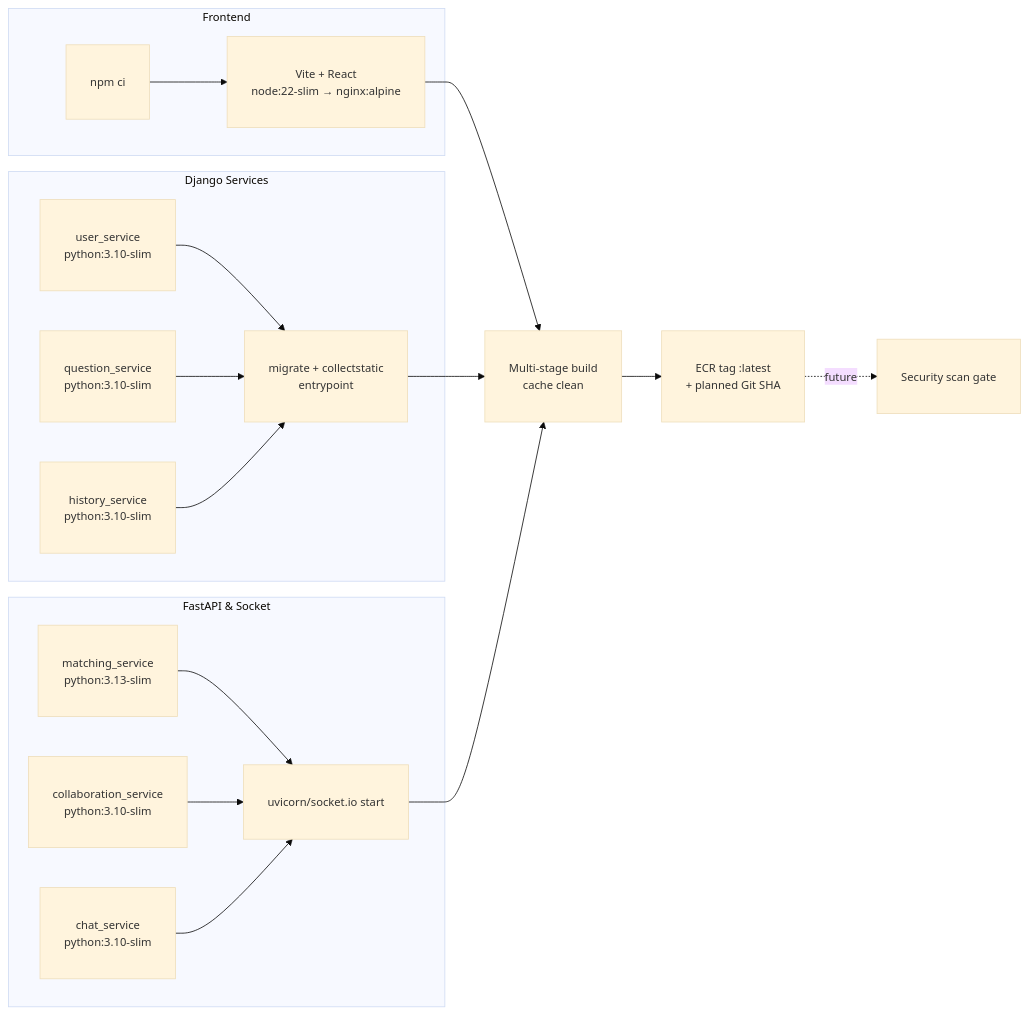
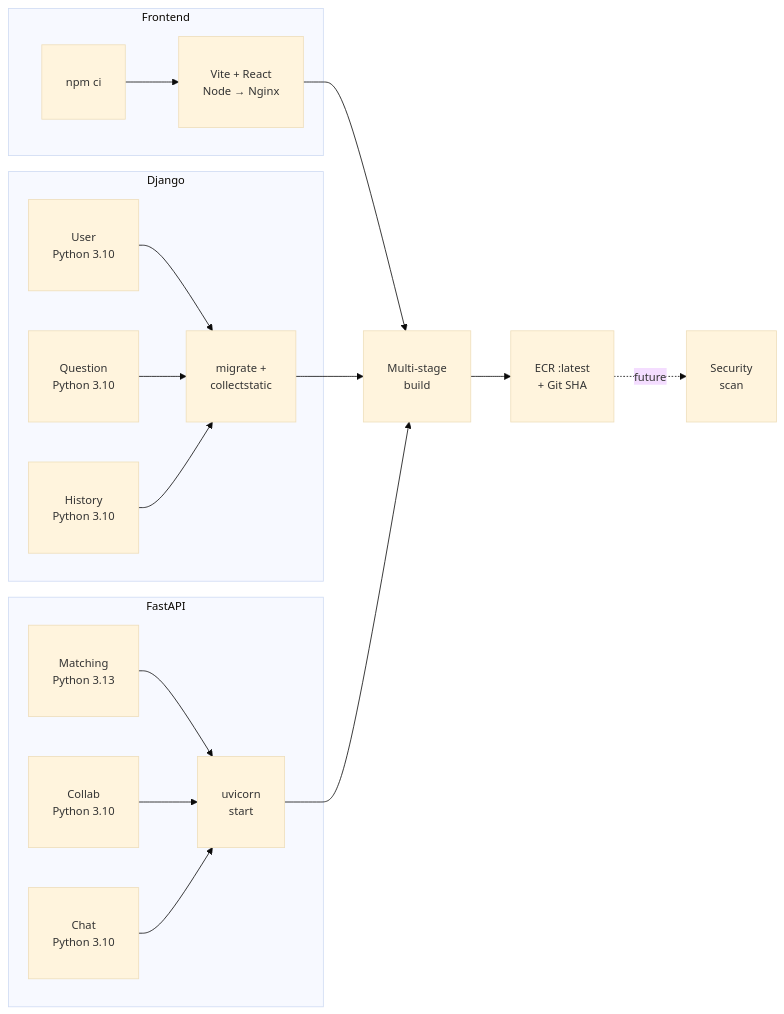
The fourth of 8 diagrams in docs/p1_deploy.md (JoanneHing/cs3219-ay2526s1-project-g19), drawn with Mermaid before and after one commit. The commit also changed other lines of this file, not shown here.

````diff
--- a/docs/p1_deploy.md
+++ b/docs/p1_deploy.md
@@ -127,37 +127,37 @@
 ```mermaid
 %%{init: {'theme':'base', 'themeVariables': {'fontSize':'14px'}}}%%
 graph LR
   subgraph FrontendStack["Frontend"]
-    FEStack["Vite + React<br/>node:22-slim → nginx:alpine"]
+    FEStack["Vite + React<br/>Node → Nginx"]
     npmci["npm ci"]
   end
 
-  subgraph DjangoServices["Django Services"]
-    UserSvc["user_service<br/>python:3.10-slim"]
-    QuestionSvc["question_service<br/>python:3.10-slim"]
-    HistorySvc["history_service<br/>python:3.10-slim"]
-    DjangoEntrypoint["migrate + collectstatic<br/>entrypoint"]
+  subgraph DjangoServices["Django"]
+    UserSvc["User<br/>Python 3.10"]
+    QuestionSvc["Question<br/>Python 3.10"]
+    HistorySvc["History<br/>Python 3.10"]
+    DjangoEntrypoint["migrate +<br/>collectstatic"]
   end
 
-  subgraph FastAPISocket["FastAPI & Socket"]
-    MatchingSvc["matching_service<br/>python:3.13-slim"]
-    CollabSvc["collaboration_service<br/>python:3.10-slim"]
-    ChatSvc["chat_service<br/>python:3.10-slim"]
-    FastAPIEntrypoint["uvicorn/socket.io start"]
+  subgraph FastAPISocket["FastAPI"]
+    MatchingSvc["Matching<br/>Python 3.13"]
+    CollabSvc["Collab<br/>Python 3.10"]
+    ChatSvc["Chat<br/>Python 3.10"]
+    FastAPIEntrypoint["uvicorn<br/>start"]
   end
 
-  npmci --> FEStack --> ImageBuild["Multi-stage build<br/>cache clean"]
+  npmci --> FEStack --> ImageBuild["Multi-stage<br/>build"]
   UserSvc --> DjangoEntrypoint
   QuestionSvc --> DjangoEntrypoint
   HistorySvc --> DjangoEntrypoint
   DjangoEntrypoint --> ImageBuild
   MatchingSvc --> FastAPIEntrypoint
   CollabSvc --> FastAPIEntrypoint
   ChatSvc --> FastAPIEntrypoint
   FastAPIEntrypoint --> ImageBuild
-  ImageBuild --> ECRTag["ECR tag :latest<br/>+ planned Git SHA"]
-  ECRTag -. future .-> Trivy["Security scan gate"]
+  ImageBuild --> ECRTag["ECR :latest<br/>+ Git SHA"]
+  ECRTag -. future .-> Trivy["Security<br/>scan"]
 
   classDef wider padding:10px
   class FEStack,npmci,UserSvc,QuestionSvc,HistorySvc,DjangoEntrypoint,MatchingSvc,CollabSvc,ChatSvc,FastAPIEntrypoint,ImageBuild,ECRTag,Trivy wider
 ```
````
